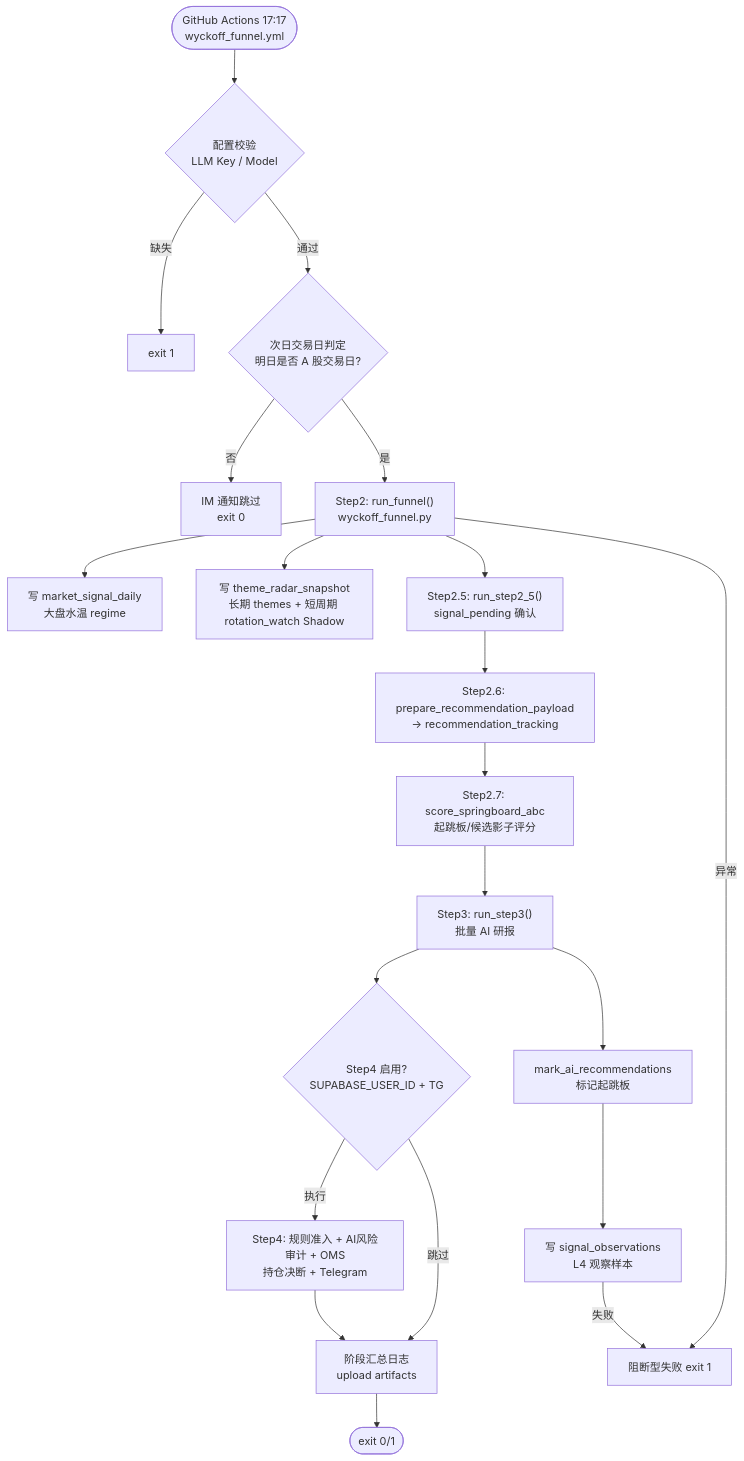
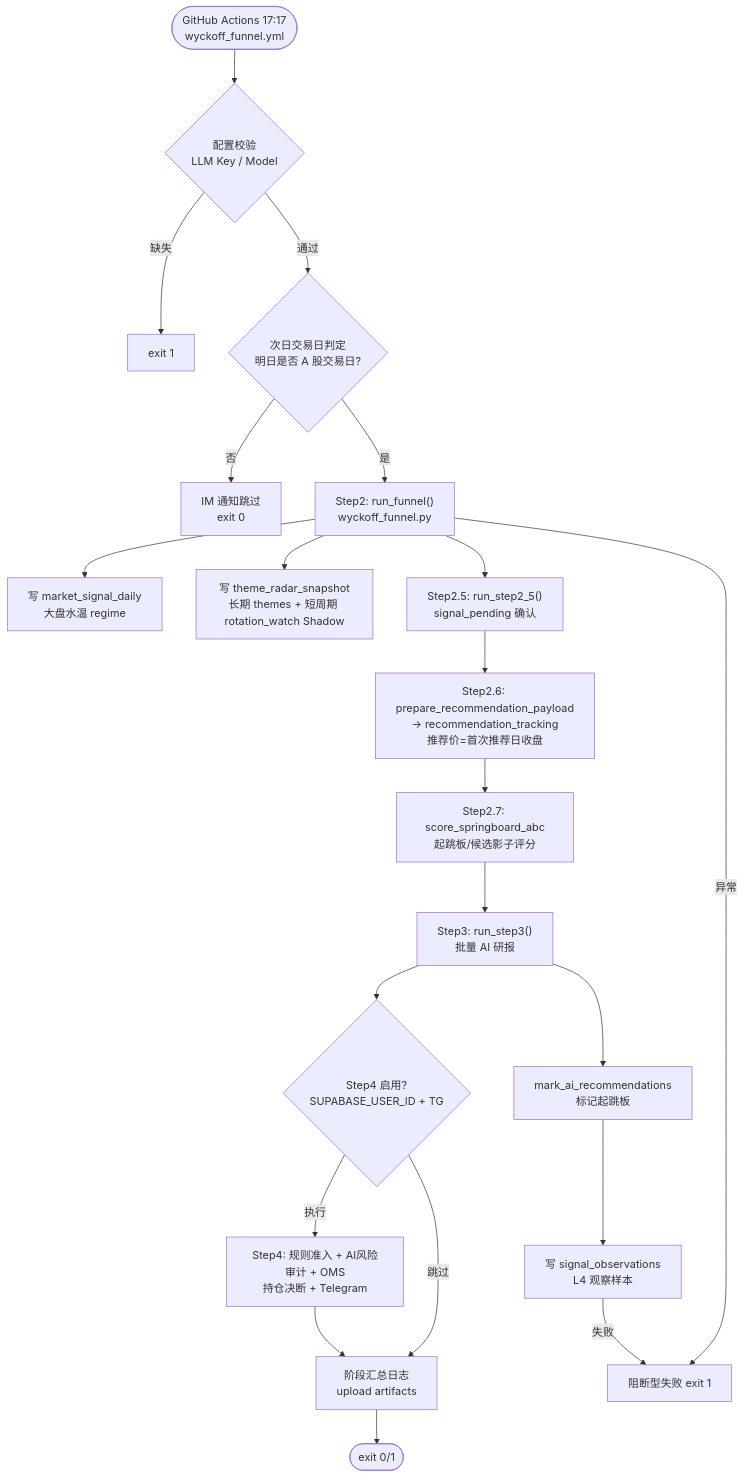
One commit to YoungCan-Wang/WyckoffTradingAgent changed the second of 7 diagrams in docs/A_SHARE_FUNNEL_FLOW.md. Above: the diagram before and after it, drawn with Mermaid. The commit also changed other lines of this file and 12 other files, not shown here.

````diff
--- a/docs/A_SHARE_FUNNEL_FLOW.md
+++ b/docs/A_SHARE_FUNNEL_FLOW.md
@@ -72,29 +72,29 @@
 ```mermaid
 flowchart TD
     START(["GitHub Actions 17:17<br/>wyckoff_funnel.yml"]) --> CHECK1{"配置校验<br/>LLM Key / Model"}
     CHECK1 -->|缺失| FAIL1["exit 1"]
     CHECK1 -->|通过| CHECK2{"次日交易日判定<br/>明日是否 A 股交易日?"}
     CHECK2 -->|否| SKIP["IM 通知跳过<br/>exit 0"]
     CHECK2 -->|是| STEP2
 
     STEP2["Step2: run_funnel()<br/>wyckoff_funnel.py"] --> P1["写 market_signal_daily<br/>大盘水温 regime"]
     STEP2 --> P2["写 theme_radar_snapshot<br/>长期 themes + 短周期 rotation_watch Shadow"]
     STEP2 --> S25
 
     S25["Step2.5: run_step2_5()<br/>signal_pending 确认"] --> S26
-    S26["Step2.6: prepare_recommendation_payload<br/>→ recommendation_tracking"] --> S27
+    S26["Step2.6: prepare_recommendation_payload<br/>→ recommendation_tracking<br/>推荐价=首次推荐日收盘"] --> S27
     S27["Step2.7: score_springboard_abc<br/>起跳板/候选影子评分"] --> S3
 
     S3["Step3: run_step3()<br/>批量 AI 研报"] --> MARK["mark_ai_recommendations<br/>标记起跳板"]
     MARK --> OBS["写 signal_observations<br/>L4 观察样本"]
 
     S3 --> S4CHK{"Step4 启用?<br/>SUPABASE_USER_ID + TG"}
     S4CHK -->|跳过| SUM
     S4CHK -->|执行| S4
 
     S4["Step4: 规则准入 + AI风险审计 + OMS<br/>持仓决断 + Telegram"] --> SUM
     SUM["阶段汇总日志<br/>upload artifacts"] --> END(["exit 0/1"])
 
     STEP2 -->|异常| BLOCK["阻断型失败 exit 1"]
     OBS -->|失败| BLOCK
 ```
````
